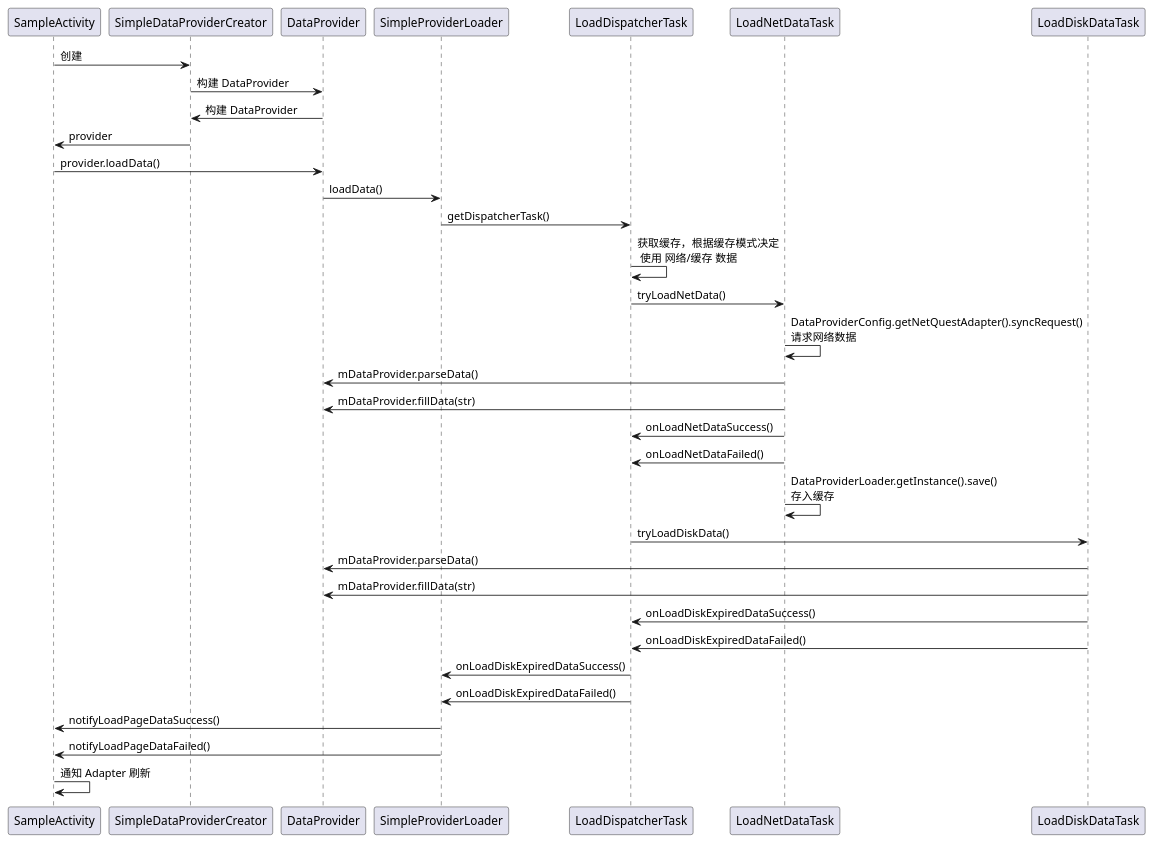
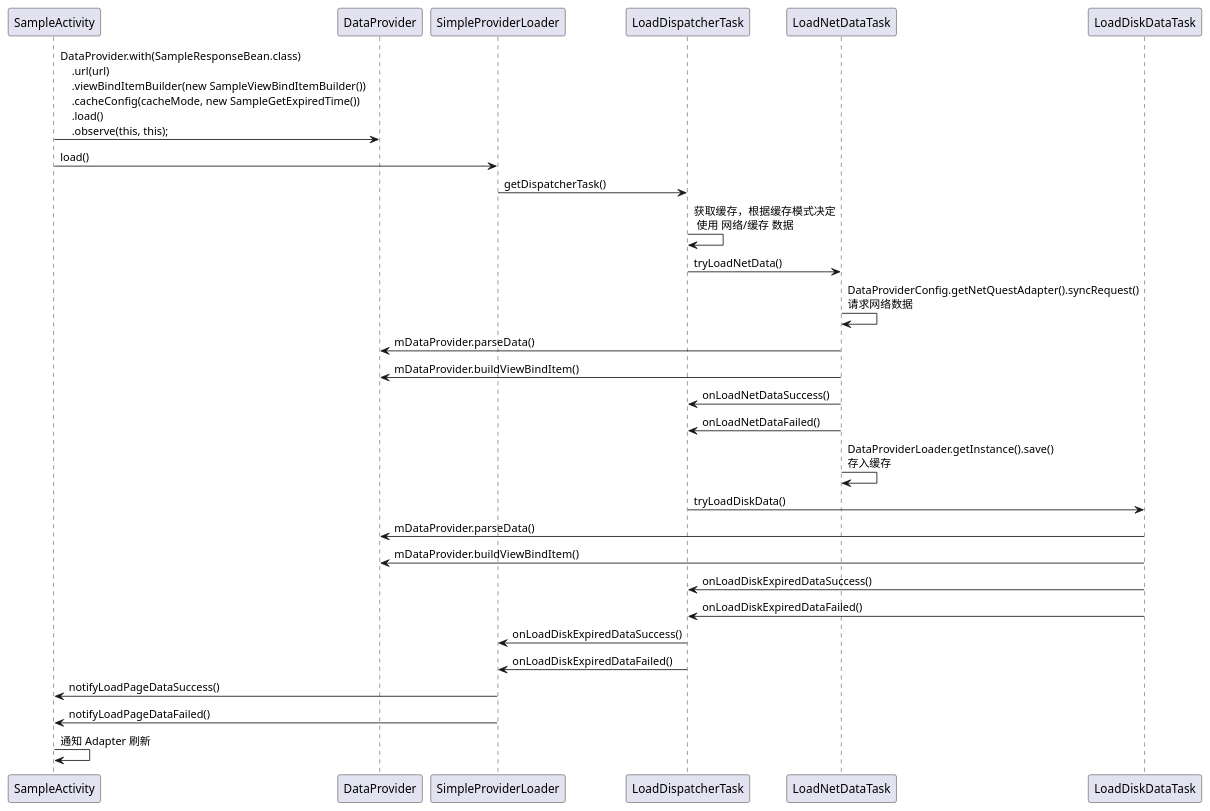
Before and after one commit to changer0/HotSearch: the diagram in provider_core/design/时序图.puml, drawn with PlantUML. The commit also changed 2 other files, not shown here.

Commit message:
[update] 重大更新，仿照 Glide 链式调用方式构建 Provider，去掉 Provider 所有状态

```diff
--- a/provider_core/design/时序图.puml
+++ b/provider_core/design/时序图.puml
@@ -1,64 +1,54 @@
 @startuml
 'Alice -> Bob: Authentication Request
 'Bob --> Alice: Authentication Response
 '
 'Alice -> Bob: Another authentication Request
 'Alice <-- Bob: another authentication Response
 
 'SampleActivity -> DataProviderLoader: load(BaseDataProvider)
 
-SampleActivity -> SimpleDataProviderCreator: 创建
+SampleActivity -> DataProvider: DataProvider.with(SampleResponseBean.class)\n    .url(url)\n    .viewBindItemBuilder(new SampleViewBindItemBuilder())\n    .cacheConfig(cacheMode, new SampleGetExpiredTime())\n    .load()\n    .observe(this, this);
 
-SimpleDataProviderCreator -> DataProvider: 构建 DataProvider
-
-DataProvider -> SimpleDataProviderCreator: 构建 DataProvider
-
-SimpleDataProviderCreator -> SampleActivity: provider
-
-SampleActivity -> DataProvider:provider.loadData()
-
-DataProvider -> SimpleProviderLoader : loadData()
-
-
+SampleActivity -> SimpleProviderLoader : load()
 
 SimpleProviderLoader -> LoadDispatcherTask: getDispatcherTask()
 
 LoadDispatcherTask -> LoadDispatcherTask: 获取缓存，根据缓存模式决定\n 使用 网络/缓存 数据
 
 LoadDispatcherTask -> LoadNetDataTask: tryLoadNetData()
 
 LoadNetDataTask -> LoadNetDataTask: DataProviderConfig.getNetQuestAdapter().syncRequest()\n请求网络数据
 
 LoadNetDataTask -> DataProvider:  mDataProvider.parseData()
 
-LoadNetDataTask -> DataProvider:  mDataProvider.fillData(str)
+LoadNetDataTask -> DataProvider:  mDataProvider.buildViewBindItem()
 
 LoadNetDataTask -> LoadDispatcherTask: onLoadNetDataSuccess()
 
 LoadNetDataTask -> LoadDispatcherTask: onLoadNetDataFailed()
 
 LoadNetDataTask -> LoadNetDataTask: DataProviderLoader.getInstance().save()\n存入缓存
 
 
 LoadDispatcherTask -> LoadDiskDataTask: tryLoadDiskData()
 
 
 LoadDiskDataTask -> DataProvider:  mDataProvider.parseData()
 
-LoadDiskDataTask -> DataProvider:  mDataProvider.fillData(str)
+LoadDiskDataTask -> DataProvider:  mDataProvider.buildViewBindItem()
 
 LoadDiskDataTask -> LoadDispatcherTask: onLoadDiskExpiredDataSuccess()
 
 LoadDiskDataTask -> LoadDispatcherTask: onLoadDiskExpiredDataFailed()
 
 LoadDispatcherTask -> SimpleProviderLoader: onLoadDiskExpiredDataSuccess()
 
 LoadDispatcherTask -> SimpleProviderLoader: onLoadDiskExpiredDataFailed()
 
 SimpleProviderLoader -> SampleActivity: notifyLoadPageDataSuccess()
 
 SimpleProviderLoader -> SampleActivity: notifyLoadPageDataFailed()
 
 SampleActivity -> SampleActivity: 通知 Adapter 刷新
 
 @enduml
```
